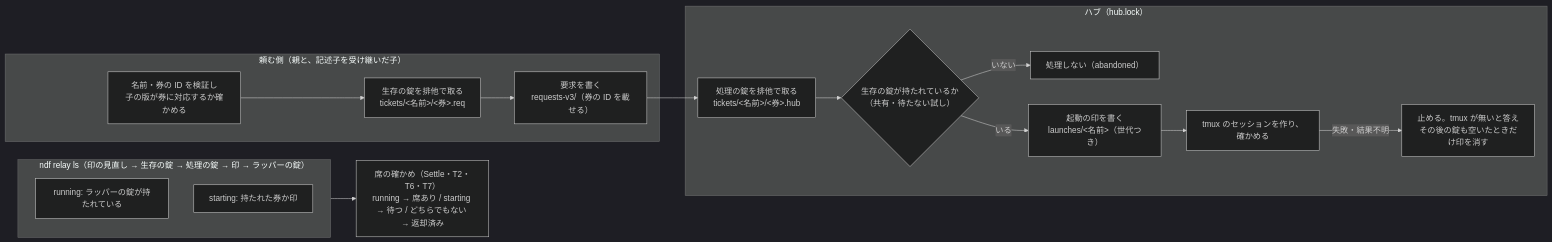
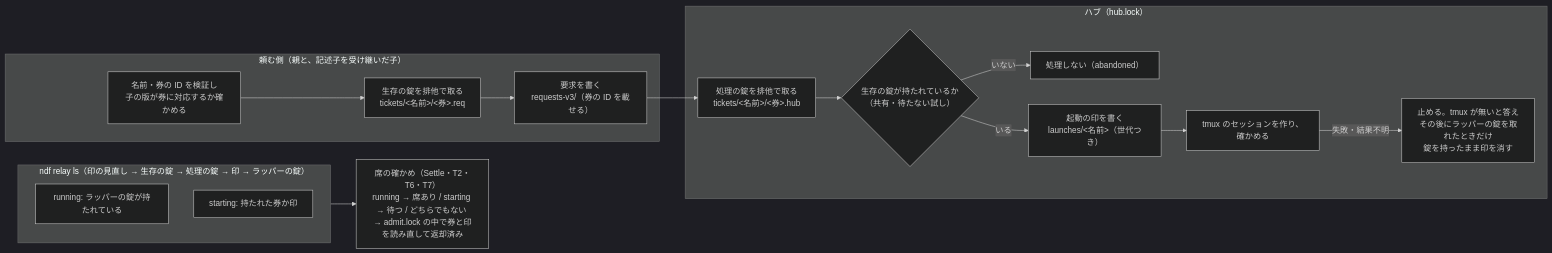
Before and after one commit to devbasex/ai-plugins: the second of 3 diagrams in issues/issue-4103-design.md, drawn with Mermaid (dark theme). The commit also changed other lines of this file and 1 other file, not shown here.

````diff
--- a/issues/issue-4103-design.md
+++ b/issues/issue-4103-design.md
@@ -63,19 +63,19 @@
 ```mermaid
 flowchart LR
   subgraph REQ["頼む側（親と、記述子を受け継いだ子）"]
     V["名前・券の ID を検証し<br>子の版が券に対応するか確かめる"] --> T["生存の錠を排他で取る<br>tickets/<名前>/<券>.req"] --> W["要求を書く<br>requests-v3/（券の ID を載せる）"]
   end
   subgraph HUB["ハブ（hub.lock）"]
     H["処理の錠を排他で取る<br>tickets/<名前>/<券>.hub"] --> C{"生存の錠が持たれているか<br>（共有・待たない試し）"}
     C -- "いない" --> AB["処理しない（abandoned）"]
     C -- "いる" --> M["起動の印を書く<br>launches/<名前>（世代つき）"]
     M --> S["tmux のセッションを作り、確かめる"]
-    S -- "失敗・結果不明" --> K["止める。tmux が無いと答え<br>その後の錠も空いたときだけ印を消す"]
+    S -- "失敗・結果不明" --> K["止める。tmux が無いと答え<br>その後にラッパーの錠を取れたときだけ<br>錠を持ったまま印を消す"]
   end
   subgraph LS["ndf relay ls（印の見直し → 生存の錠 → 処理の錠 → 印 → ラッパーの錠）"]
     R["running: ラッパーの錠が持たれている"]
     ST["starting: 持たれた券か印"]
   end
   W --> H
-  LS --> SE["席の確かめ（Settle・T2・T6・T7）<br>running → 席あり / starting → 待つ / どちらでもない → 返却済み"]
+  LS --> SE["席の確かめ（Settle・T2・T6・T7）<br>running → 席あり / starting → 待つ / どちらでもない → admit.lock の中で券と印を読み直して返却済み"]
 ```
````
